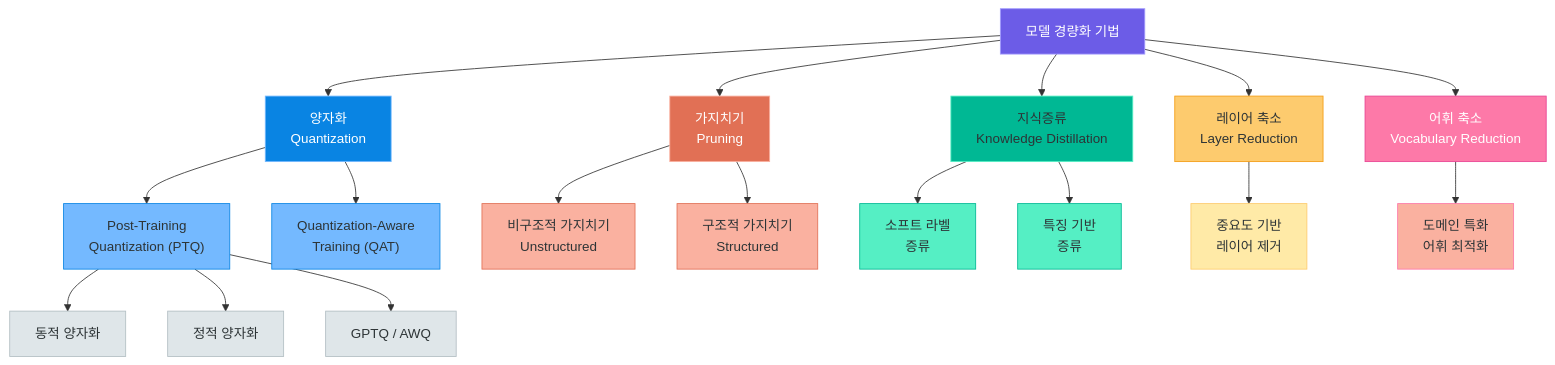
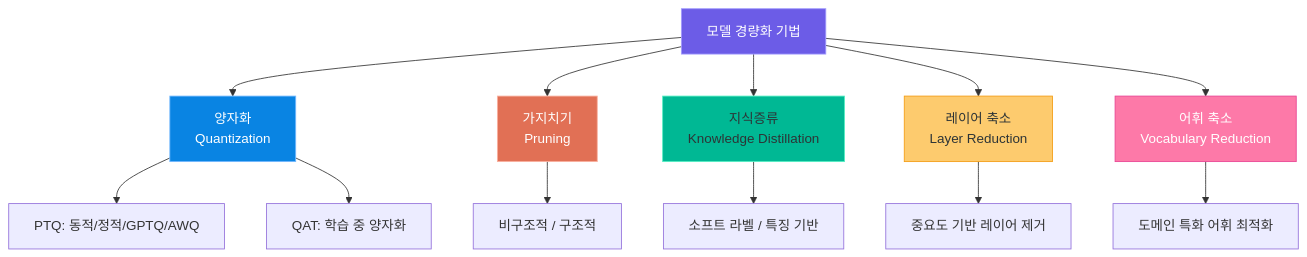
Before and after one commit to lovehyun/tutorial-genai: the first of 4 diagrams in 0.docs/05_genai_advanced/15_model_optimization.md, drawn with Mermaid. The commit also changed other lines of this file and 11 other files, not shown here.

````diff
--- a/0.docs/05_genai_advanced/15_model_optimization.md
+++ b/0.docs/05_genai_advanced/15_model_optimization.md
@@ -43,44 +41,24 @@
 ```mermaid
 flowchart TB
     Root["모델 경량화 기법"]
 
     Root --> Q["양자화\nQuantization"]
     Root --> P["가지치기\nPruning"]
     Root --> KD["지식증류\nKnowledge Distillation"]
     Root --> LR["레이어 축소\nLayer Reduction"]
     Root --> VR["어휘 축소\nVocabulary Reduction"]
 
-    Q --> Q1["Post-Training\nQuantization (PTQ)"]
-    Q --> Q2["Quantization-Aware\nTraining (QAT)"]
-    Q1 --> Q1a["동적 양자화"]
-    Q1 --> Q1b["정적 양자화"]
-    Q1 --> Q1c["GPTQ / AWQ"]
-
-    P --> P1["비구조적 가지치기\nUnstructured"]
-    P --> P2["구조적 가지치기\nStructured"]
-
-    KD --> KD1["소프트 라벨\n증류"]
-    KD --> KD2["특징 기반\n증류"]
-
-    LR --> LR1["중요도 기반\n레이어 제거"]
-
-    VR --> VR1["도메인 특화\n어휘 최적화"]
+    Q --> Q1["PTQ: 동적/정적/GPTQ/AWQ"]
+    Q --> Q2["QAT: 학습 중 양자화"]
+    P --> P1["비구조적 / 구조적"]
+    KD --> KD1["소프트 라벨 / 특징 기반"]
+    LR --> LR1["중요도 기반 레이어 제거"]
+    VR --> VR1["도메인 특화 어휘 최적화"]
 
     style Root fill:#6c5ce7,stroke:#a29bfe,color:#fff
     style Q fill:#0984e3,stroke:#74b9ff,color:#fff
     style P fill:#e17055,stroke:#fab1a0,color:#fff
     style KD fill:#00b894,stroke:#55efc4,color:#2d3436
     style LR fill:#fdcb6e,stroke:#f39c12,color:#2d3436
     style VR fill:#fd79a8,stroke:#e84393,color:#fff
-    style Q1 fill:#74b9ff,stroke:#0984e3,color:#2d3436
-    style Q2 fill:#74b9ff,stroke:#0984e3,color:#2d3436
-    style Q1a fill:#dfe6e9,stroke:#b2bec3,color:#2d3436
-    style Q1b fill:#dfe6e9,stroke:#b2bec3,color:#2d3436
-    style Q1c fill:#dfe6e9,stroke:#b2bec3,color:#2d3436
-    style P1 fill:#fab1a0,stroke:#e17055,color:#2d3436
-    style P2 fill:#fab1a0,stroke:#e17055,color:#2d3436
-    style KD1 fill:#55efc4,stroke:#00b894,color:#2d3436
-    style KD2 fill:#55efc4,stroke:#00b894,color:#2d3436
-    style LR1 fill:#ffeaa7,stroke:#fdcb6e,color:#2d3436
-    style VR1 fill:#fab1a0,stroke:#fd79a8,color:#2d3436
 ```
````
